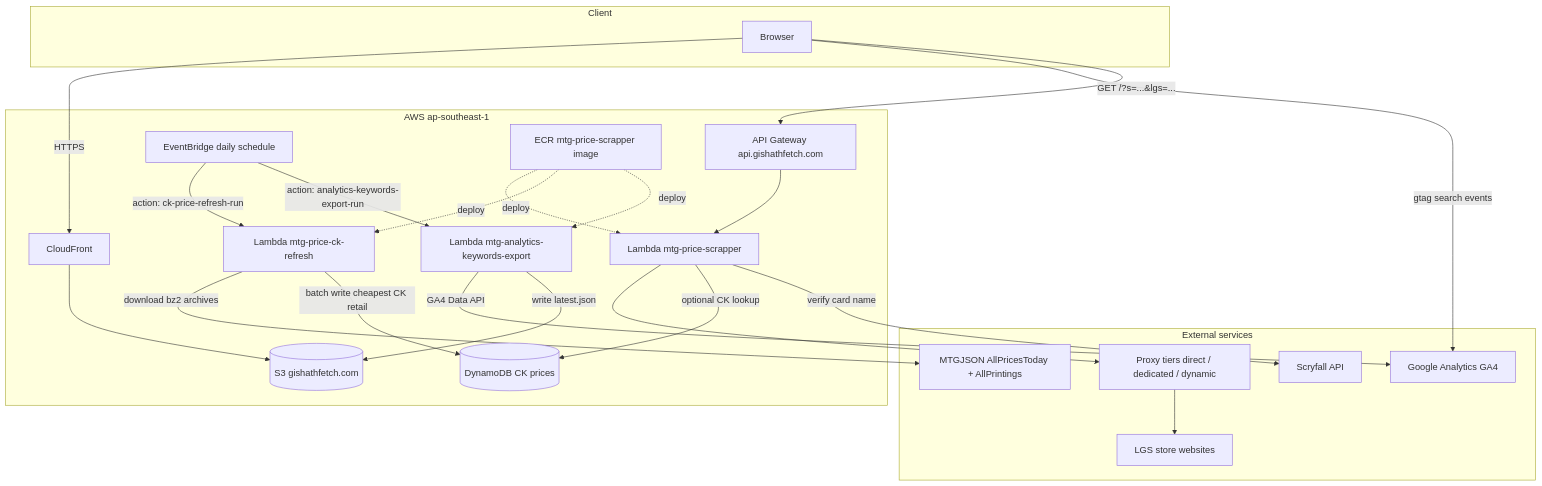
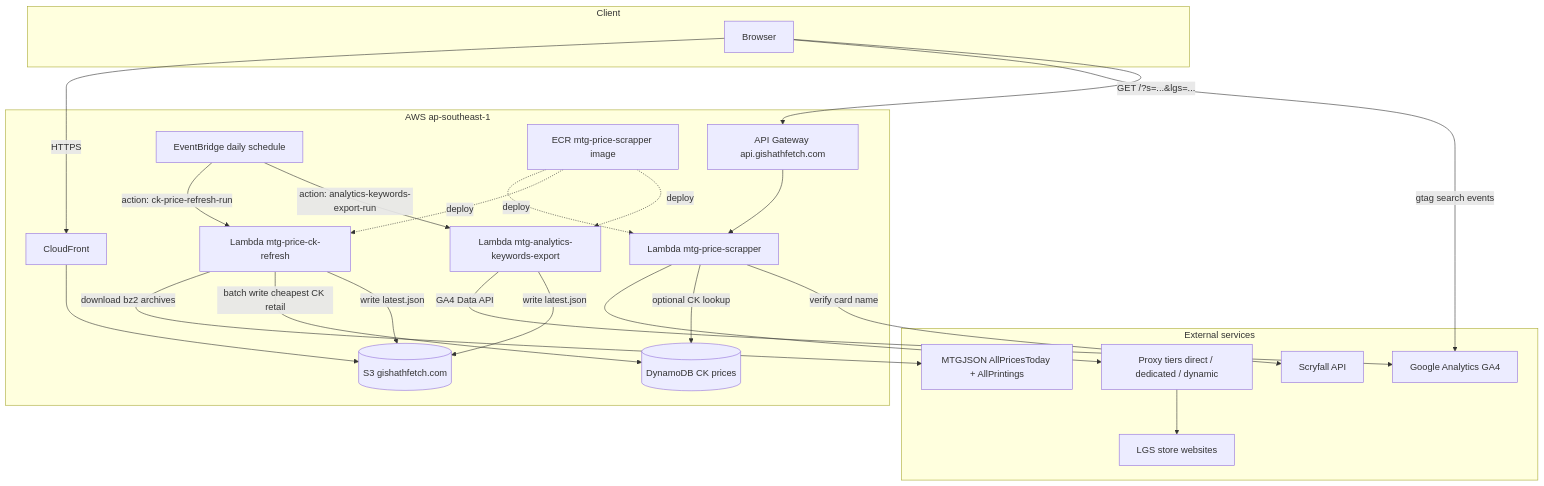
One commit to xenodus/gishathfetch changed the first of 4 diagrams in README.md. Above: the diagram before and after it, drawn with Mermaid. The commit also changed other lines of this file and 7 other files, not shown here.

````diff
--- a/README.md
+++ b/README.md
@@ -28,45 +28,46 @@
 ```mermaid
 flowchart TB
     subgraph client["Client"]
         Browser[Browser]
     end
 
     subgraph aws["AWS ap-southeast-1"]
         CF[CloudFront]
         S3[(S3 gishathfetch.com)]
         AGW[API Gateway api.gishathfetch.com]
         SearchLambda[Lambda mtg-price-scrapper]
         RefreshLambda[Lambda mtg-price-ck-refresh]
         AnalyticsLambda[Lambda mtg-analytics-keywords-export]
         EB[EventBridge daily schedule]
         DDB[(DynamoDB CK prices)]
         ECR[ECR mtg-price-scrapper image]
     end
 
     subgraph external["External services"]
         LGS[LGS store websites]
         Proxies[Proxy tiers direct / dedicated / dynamic]
         MTGJSON[MTGJSON AllPricesToday + AllPrintings]
         Scryfall[Scryfall API]
         GA4[Google Analytics GA4]
     end
 
     Browser -->|HTTPS| CF
     CF --> S3
     Browser -->|gtag search events| GA4
     Browser -->|GET /?s=...&lgs=...| AGW
     AGW --> SearchLambda
     SearchLambda --> Proxies
     Proxies --> LGS
     SearchLambda -->|optional CK lookup| DDB
     SearchLambda -->|verify card name| Scryfall
     EB -->|action: ck-price-refresh-run| RefreshLambda
     RefreshLambda -->|download bz2 archives| MTGJSON
     RefreshLambda -->|batch write cheapest CK retail| DDB
+    RefreshLambda -->|write latest.json| S3
     EB -->|action: analytics-keywords-export-run| AnalyticsLambda
     AnalyticsLambda -->|GA4 Data API| GA4
     AnalyticsLambda -->|write latest.json| S3
     ECR -.->|deploy| SearchLambda
     ECR -.->|deploy| RefreshLambda
     ECR -.->|deploy| AnalyticsLambda
 ```
````
